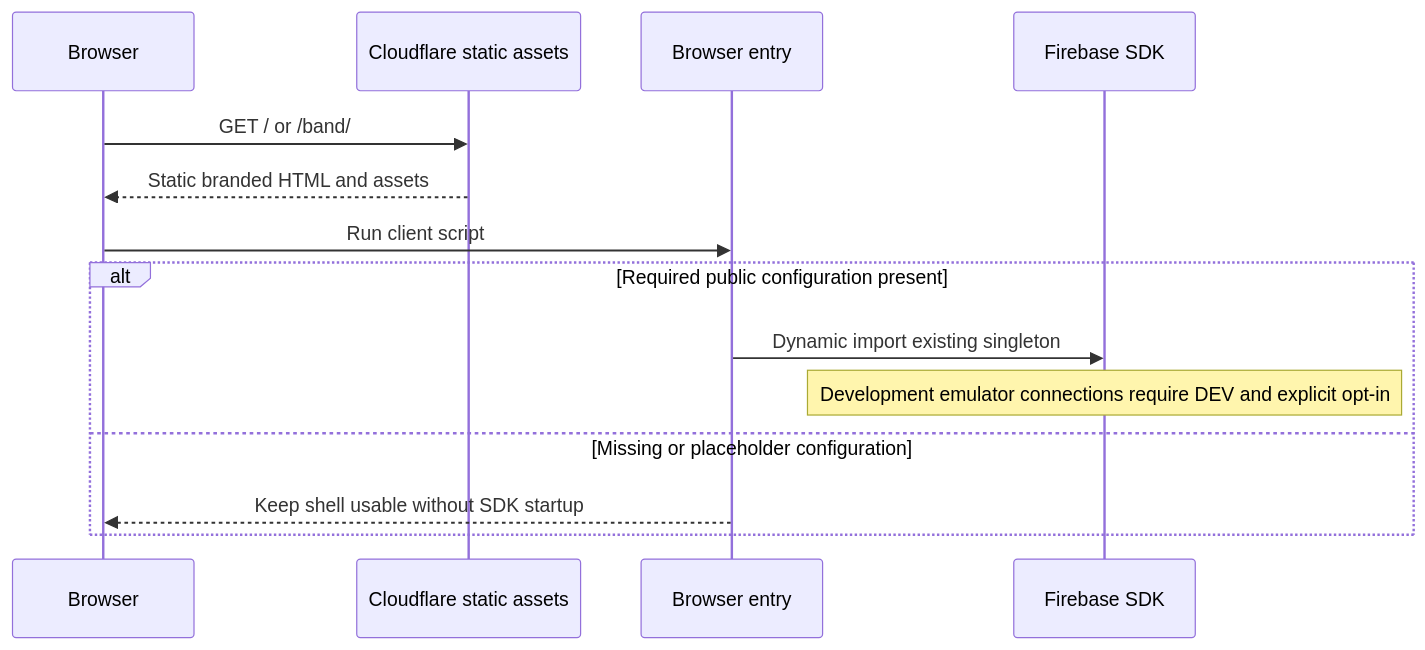
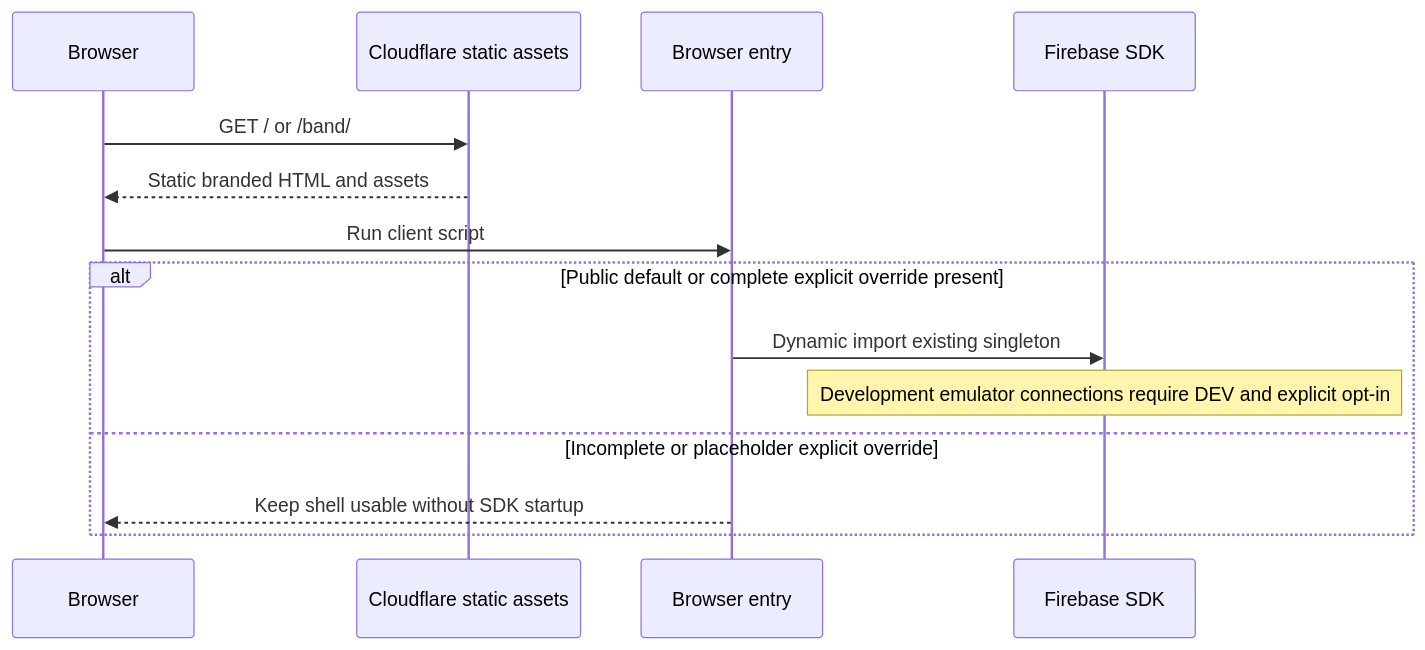
The diagram in docs/architecture/06-runtime-view.md (juangcarmona/pintatonica), drawn with Mermaid before and after one commit. The commit also changed other lines of this file and 43 other files, not shown here.

````diff
--- a/docs/architecture/06-runtime-view.md
+++ b/docs/architecture/06-runtime-view.md
@@ -11,16 +11,16 @@
 ```mermaid
 sequenceDiagram
     participant Browser
     participant Host as Cloudflare static assets
     participant Guard as Browser entry
     participant SDK as Firebase SDK
     Browser->>Host: GET / or /band/
     Host-->>Browser: Static branded HTML and assets
     Browser->>Guard: Run client script
-    alt Required public configuration present
+    alt Public default or complete explicit override present
         Guard->>SDK: Dynamic import existing singleton
         Note over SDK: Development emulator connections require DEV and explicit opt-in
-    else Missing or placeholder configuration
+    else Incomplete or placeholder explicit override
         Guard-->>Browser: Keep shell usable without SDK startup
     end
 ```
````
